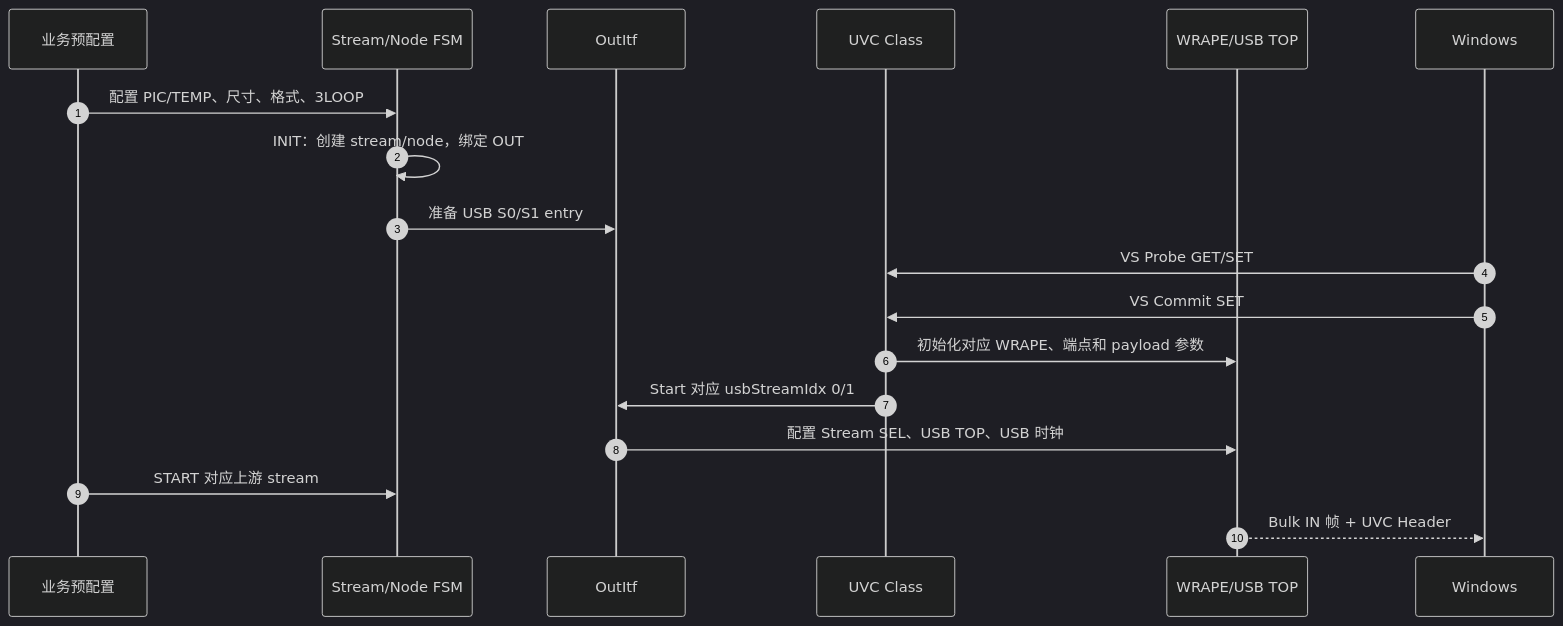
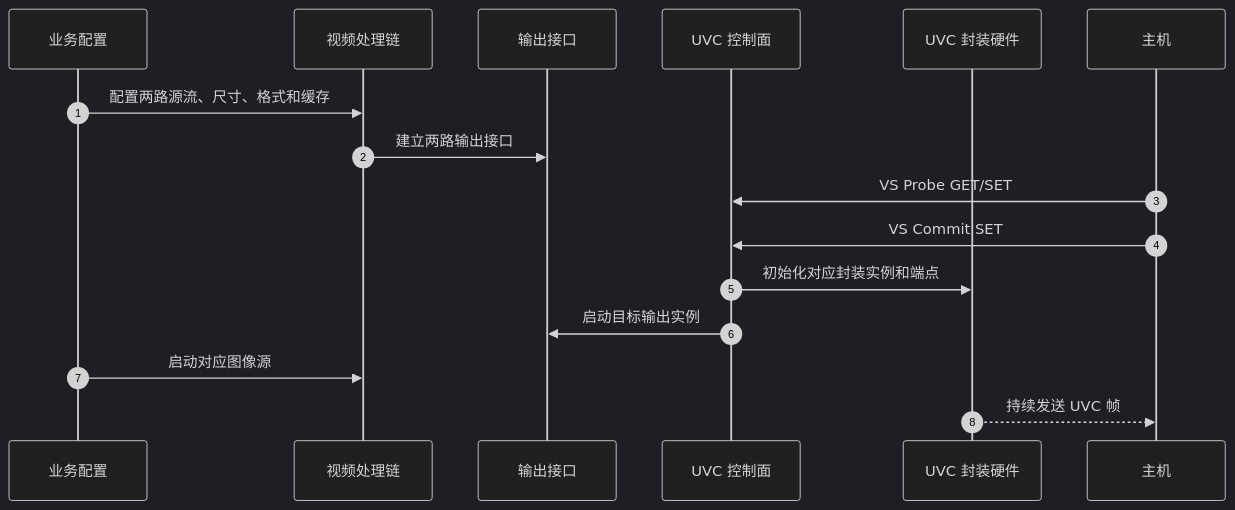
Before and after one commit to DeguiLiu/tech-notes: the fifth of 7 diagrams in content/posts/architecture/embedded_usb_dual_video_output.md, drawn with Mermaid (dark theme). The commit also changed other lines of this file, not shown here.

Commit message:
story-docs(blog): generalize dual USB video synchronization article

````diff
--- a/content/posts/architecture/embedded_usb_dual_video_output.md
+++ b/content/posts/architecture/embedded_usb_dual_video_output.md
@@ -189,21 +177,19 @@
 ```mermaid
 sequenceDiagram
     autonumber
-    participant B as 业务预配置
-    participant F as Stream/Node FSM
-    participant O as OutItf
-    participant U as UVC Class
-    participant W as WRAPE/USB TOP
-    participant PC as Windows
+    participant B as 业务配置
+    participant V as 视频处理链
+    participant O as 输出接口
+    participant U as UVC 控制面
+    participant H as UVC 封装硬件
+    participant PC as 主机
 
-    B->>F: 配置 PIC/TEMP、尺寸、格式、3LOOP
-    F->>F: INIT：创建 stream/node，绑定 OUT
-    F->>O: 准备 USB S0/S1 entry
+    B->>V: 配置两路源流、尺寸、格式和缓存
+    V->>O: 建立两路输出接口
     PC->>U: VS Probe GET/SET
     PC->>U: VS Commit SET
-    U->>W: 初始化对应 WRAPE、端点和 payload 参数
-    U->>O: Start 对应 usbStreamIdx 0/1
-    O->>W: 配置 Stream SEL、USB TOP、USB 时钟
-    B->>F: START 对应上游 stream
-    W-->>PC: Bulk IN 帧 + UVC Header
+    U->>H: 初始化对应封装实例和端点
+    U->>O: 启动目标输出实例
+    B->>V: 启动对应图像源
+    H-->>PC: 持续发送 UVC 帧
 ```
````
